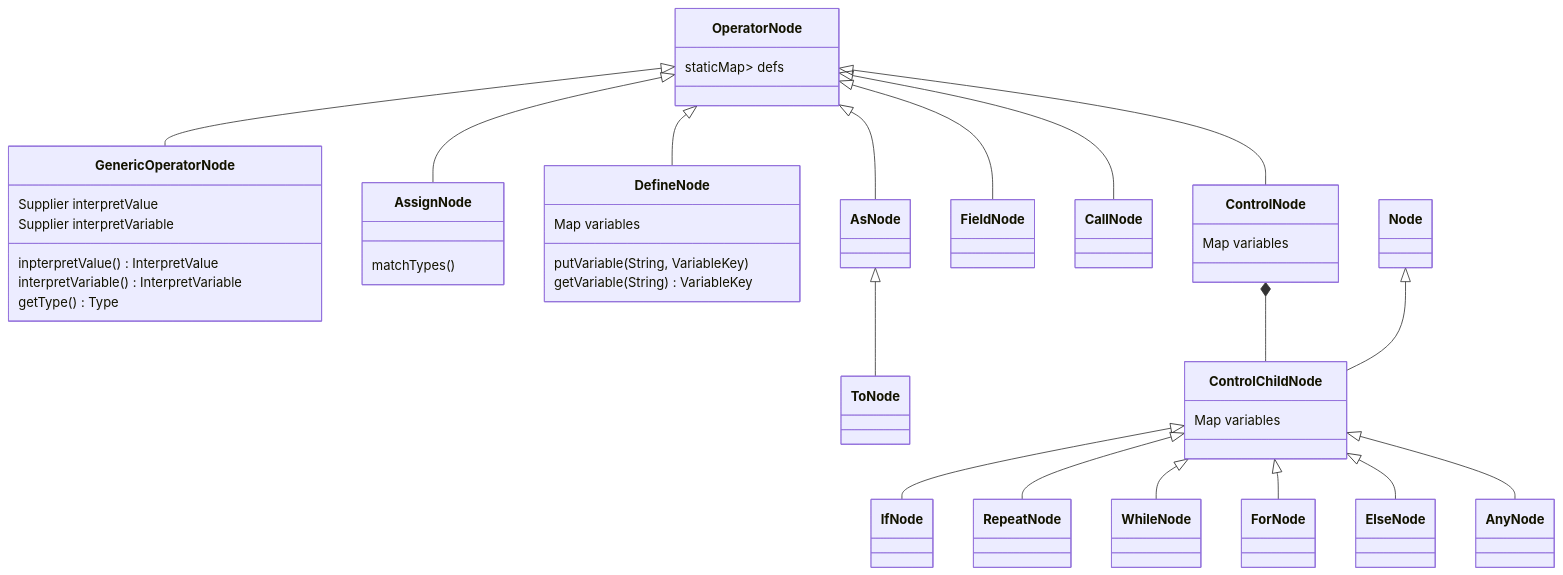
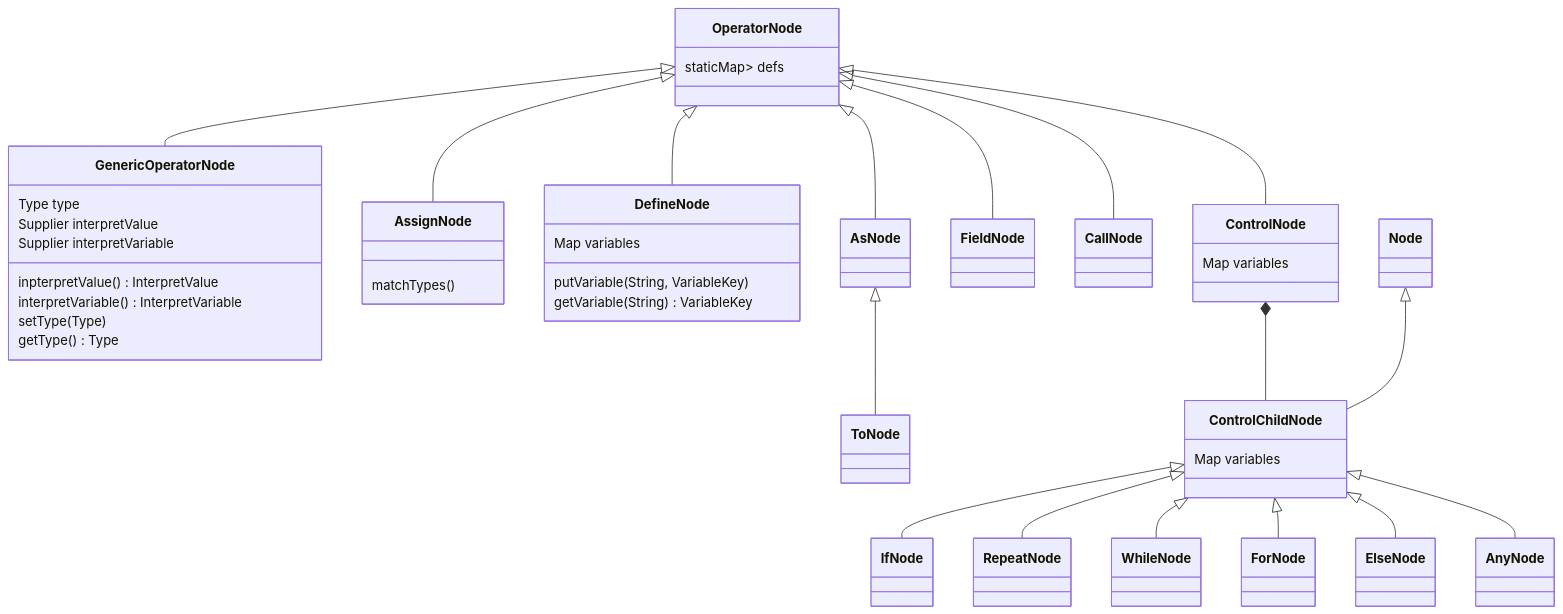
Before and after one commit to Jzhyang1/Monomer: the third of 5 diagrams in Implementation.md, drawn with Mermaid. The commit also changed other lines of this file, not shown here.

Commit message:
Implementation.md updated from https://stackedit.io/

````diff
--- a/Implementation.md
+++ b/Implementation.md
@@ -150,37 +150,39 @@
 ```mermaid
 classDiagram
 OperatorNode <|-- GenericOperatorNode
 OperatorNode <|-- AssignNode
 OperatorNode <|-- DefineNode
 OperatorNode <|-- AsNode
 AsNode <|-- ToNode
 OperatorNode <|-- FieldNode
 OperatorNode <|-- CallNode
 OperatorNode <|-- ControlNode
 ControlNode *-- ControlChildNode
 Node <|-- ControlChildNode
 ControlChildNode <|-- IfNode
 ControlChildNode <|-- RepeatNode
 ControlChildNode <|-- WhileNode
 ControlChildNode <|-- ForNode
 ControlChildNode <|-- ElseNode
 ControlChildNode <|-- AnyNode
 
 OperatorNode: staticMap<String,Supplier<OperatorNode>> defs
 
+GenericOperatorNode: Type type
 GenericOperatorNode: Supplier<InterpretValue> interpretValue
 GenericOperatorNode: Supplier<InterpretVariable> interpretVariable
 GenericOperatorNode: inpterpretValue() InterpretValue
 GenericOperatorNode: interpretVariable() InterpretVariable
+GenericOperatorNode: setType(Type)
 GenericOperatorNode: getType() Type
 
 AssignNode: matchTypes()
 
 DefineNode: Map<String,VariableKey> variables
 DefineNode: putVariable(String, VariableKey)
 DefineNode: getVariable(String) VariableKey
 
 ControlNode: Map<String,VariableKey> variables
 
 ControlChildNode: Map<String,VariableKey> variables
 ```
````
